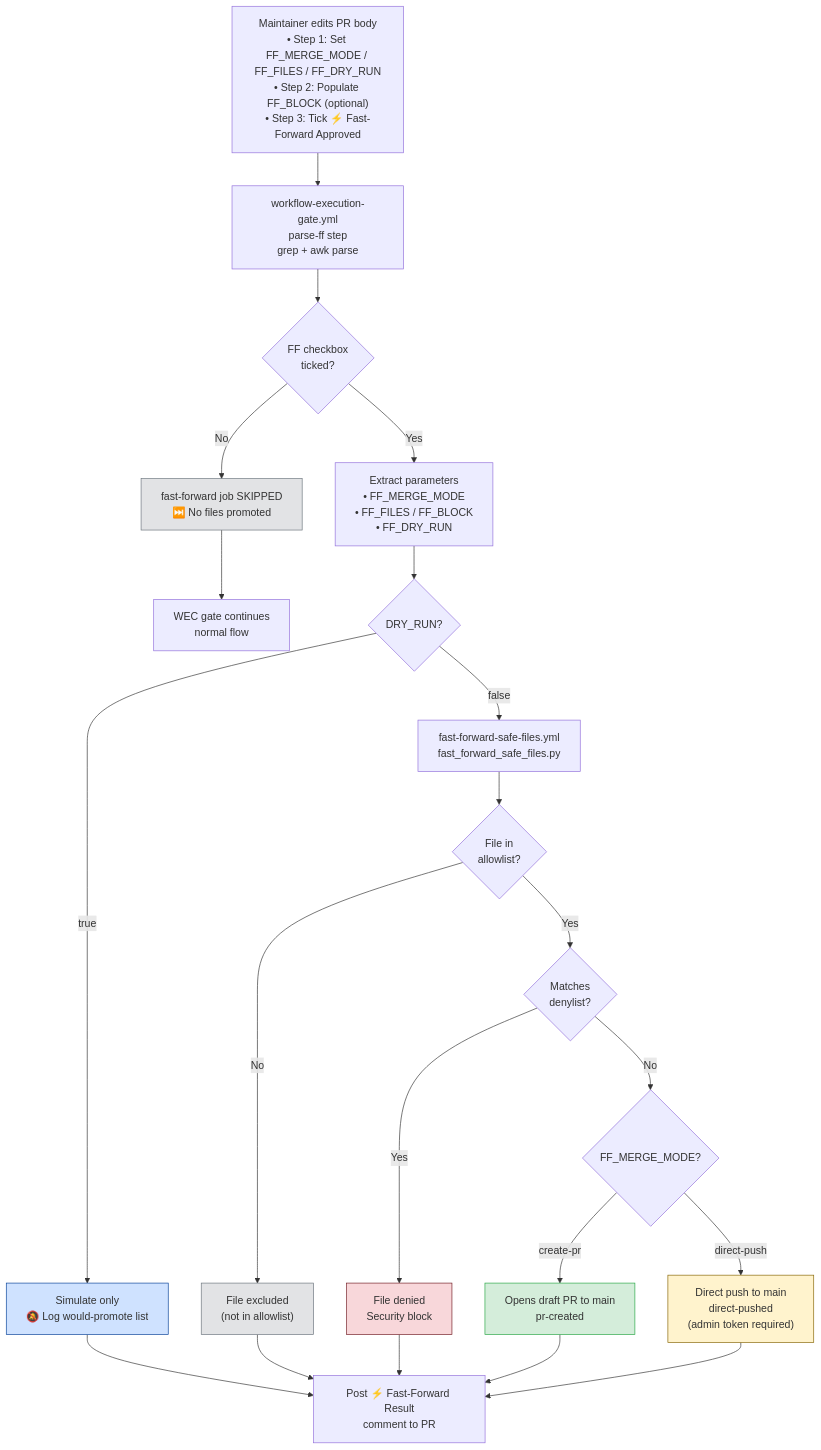
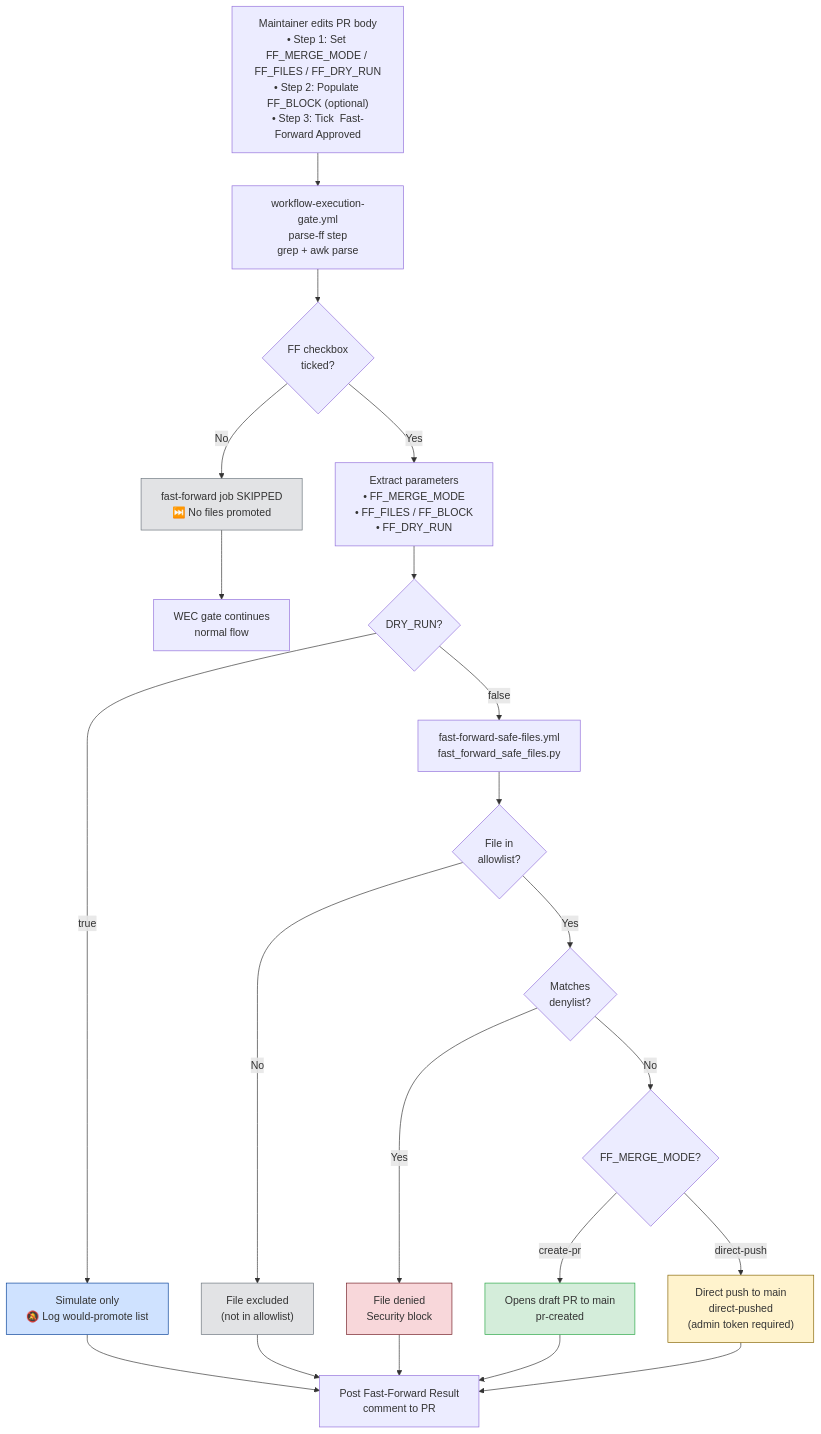
Before and after one commit to Aries-Serpent/_codex_: the eighth of 14 diagrams in docs/ci/PR_LIFECYCLE.md, drawn with Mermaid. The commit also changed other lines of this file and 1989 other files, not shown here.

````diff
--- a/docs/ci/PR_LIFECYCLE.md
+++ b/docs/ci/PR_LIFECYCLE.md
@@ -2029,37 +2029,37 @@
 ```mermaid
-%%{init: {'accessibility': {'title': 'Flowchart showing "Maintainer edits PR body\n• Step 1: Set FF_MERGE_MODE / FF_FILES / FF_DRY_RUN\n• Step 2: Populate FF_BLOCK (optional)\n• Step 3: Tick ⚡ Fast-Forward Approved", "workflow-execution-gate.yml\nparse-ff step\ngrep + awk parse"'}}%%
+%%{init: {'accessibility': {'title': 'Flowchart showing "Maintainer edits PR body\n• Step 1: Set FF_MERGE_MODE / FF_FILES / FF_DRY_RUN\n• Step 2: Populate FF_BLOCK (optional)\n• Step 3: Tick  Fast-Forward Approved", "workflow-execution-gate.yml\nparse-ff step\ngrep + awk parse"'}}%%
 flowchart TD
-    PR_EDIT["Maintainer edits PR body\n• Step 1: Set FF_MERGE_MODE / FF_FILES / FF_DRY_RUN\n• Step 2: Populate FF_BLOCK (optional)\n• Step 3: Tick ⚡ Fast-Forward Approved"]
+    PR_EDIT["Maintainer edits PR body\n• Step 1: Set FF_MERGE_MODE / FF_FILES / FF_DRY_RUN\n• Step 2: Populate FF_BLOCK (optional)\n• Step 3: Tick  Fast-Forward Approved"]
     PR_EDIT --> WEC["workflow-execution-gate.yml\nparse-ff step\ngrep + awk parse"]
 
     WEC --> FFCHECK{FF checkbox\nticked?}
     FFCHECK -->|No| SKIP_FF["fast-forward job SKIPPED\n⏭️ No files promoted"]
     FFCHECK -->|Yes| PARSE["Extract parameters\n• FF_MERGE_MODE\n• FF_FILES / FF_BLOCK\n• FF_DRY_RUN"]
 
     PARSE --> DRY{DRY_RUN?}
     DRY -->|true| DRY_OUT["Simulate only\n🔕 Log would-promote list"]
     DRY -->|false| FF_JOB["fast-forward-safe-files.yml\nfast_forward_safe_files.py"]
 
     FF_JOB --> ALLOWED{File in\nallowlist?}
     ALLOWED -->|No| EXCLUDED["File excluded\n(not in allowlist)"]
     ALLOWED -->|Yes| DENYCHECK{Matches\ndenylist?}
     DENYCHECK -->|Yes| DENIED["File denied\n Security block"]
     DENYCHECK -->|No| MERGE_MODE{FF_MERGE_MODE?}
 
     MERGE_MODE -->|create-pr| PR_CREATED["Opens draft PR to main\n pr-created"]
     MERGE_MODE -->|direct-push| PUSH["Direct push to main\n direct-pushed\n(admin token required)"]
 
-    PR_CREATED --> RESULT["Post ⚡ Fast-Forward Result\ncomment to PR\n<!-- wec-ff-result:PR# -->"]
+    PR_CREATED --> RESULT["Post  Fast-Forward Result\ncomment to PR\n<!-- wec-ff-result:PR# -->"]
     PUSH --> RESULT
     DRY_OUT --> RESULT
     EXCLUDED --> RESULT
     DENIED --> RESULT
     SKIP_FF --> END["WEC gate continues\nnormal flow"]
 
     style PR_CREATED fill:#d4edda,stroke:#28a745
     style PUSH fill:#fff3cd,stroke:#856404
     style DENIED fill:#f8d7da,stroke:#721c24
     style SKIP_FF fill:#e2e3e5,stroke:#6c757d
     style DRY_OUT fill:#cfe2ff,stroke:#084298
     style EXCLUDED fill:#e2e3e5,stroke:#6c757d
 ```
````
